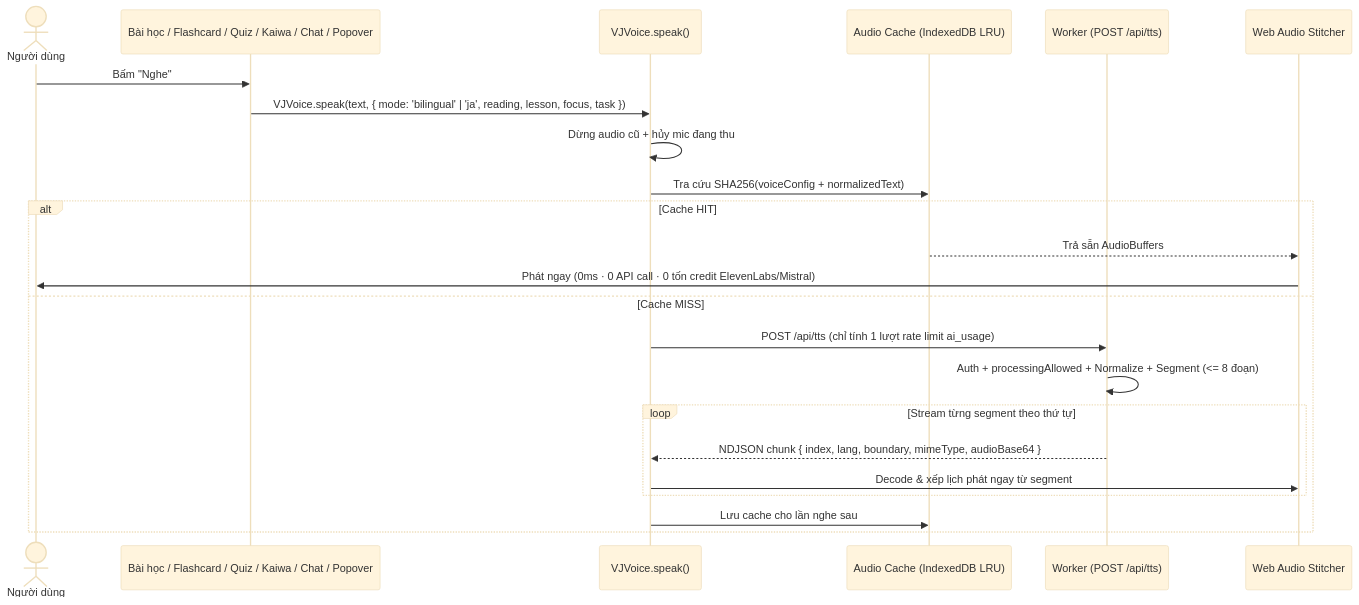
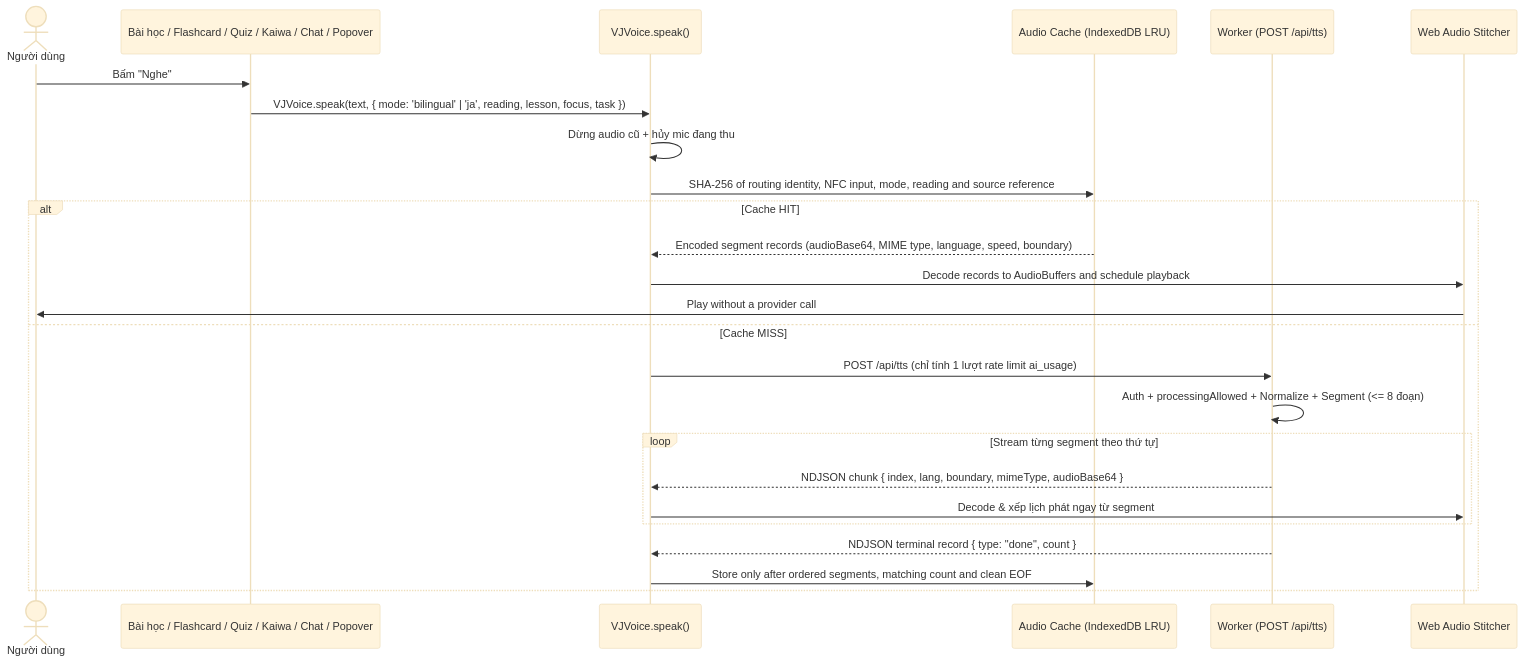
Before and after one commit to minhtri-bi/VJ_BOT: the fourth of 5 diagrams in docs/VOICE_FRAMEWORK.md, drawn with Mermaid (base theme). The commit also changed other lines of this file and 10 other files, not shown here.

````diff
--- a/docs/VOICE_FRAMEWORK.md
+++ b/docs/VOICE_FRAMEWORK.md
@@ -182,26 +182,28 @@
 ```mermaid
 sequenceDiagram
     actor U as Người dùng
     participant App as Bài học / Flashcard / Quiz / Kaiwa / Chat / Popover
     participant Player as VJVoice.speak()
     participant Cache as Audio Cache (IndexedDB LRU)
     participant BE as Worker (POST /api/tts)
     participant Stitch as Web Audio Stitcher
 
     U->>App: Bấm "Nghe"
     App->>Player: VJVoice.speak(text, { mode: 'bilingual' | 'ja', reading, lesson, focus, task })
     Player->>Player: Dừng audio cũ + hủy mic đang thu
-    Player->>Cache: Tra cứu SHA256(voiceConfig + normalizedText)
+    Player->>Cache: SHA-256 of routing identity, NFC input, mode, reading and source reference
     alt Cache HIT
-        Cache-->>Stitch: Trả sẵn AudioBuffers
-        Stitch->>U: Phát ngay (0ms · 0 API call · 0 tốn credit ElevenLabs/Mistral)
+        Cache-->>Player: Encoded segment records (audioBase64, MIME type, language, speed, boundary)
+        Player->>Stitch: Decode records to AudioBuffers and schedule playback
+        Stitch->>U: Play without a provider call
     else Cache MISS
         Player->>BE: POST /api/tts (chỉ tính 1 lượt rate limit ai_usage)
         BE->>BE: Auth + processingAllowed + Normalize + Segment (<= 8 đoạn)
         loop Stream từng segment theo thứ tự
             BE-->>Player: NDJSON chunk { index, lang, boundary, mimeType, audioBase64 }
             Player->>Stitch: Decode & xếp lịch phát ngay từ segment #0
         end
-        Player->>Cache: Lưu cache cho lần nghe sau
+        BE-->>Player: NDJSON terminal record { type: "done", count }
+        Player->>Cache: Store only after ordered segments, matching count and clean EOF
     end
 ```
````
